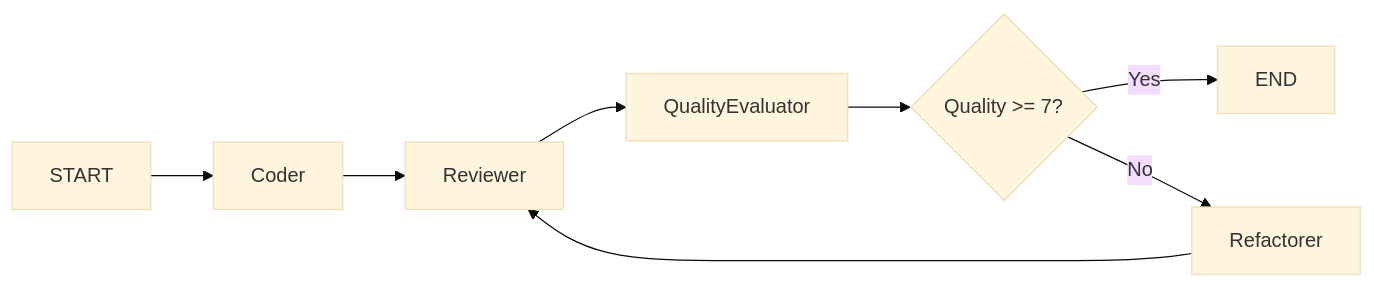
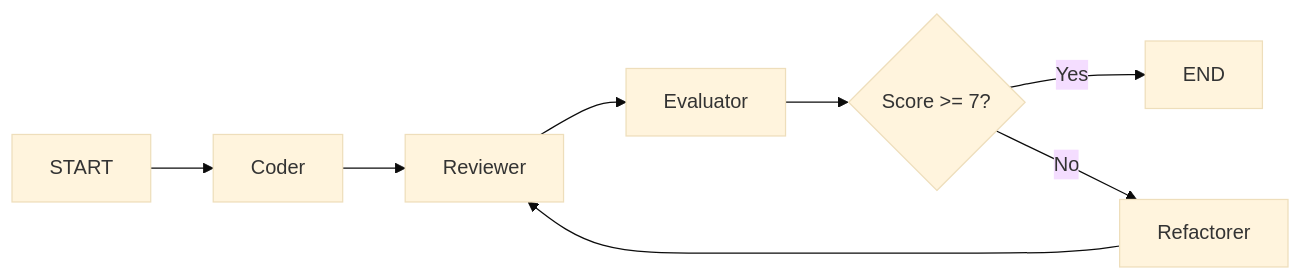
The third of 12 diagrams in PATTERNS.md (rulala/fac-ws_ai_multi-agent), drawn with Mermaid (base theme) before and after one commit. The commit also changed other lines of this file, not shown here.

````diff
--- a/PATTERNS.md
+++ b/PATTERNS.md
@@ -31,10 +73,10 @@
 ```mermaid
 graph LR
     START --> Coder
     Coder --> Reviewer
-    Reviewer --> QualityEvaluator
-    QualityEvaluator --> QualityGate{Quality >= 7?}
+    Reviewer --> Evaluator
+    Evaluator --> QualityGate{Score >= 7?}
     QualityGate -->|Yes| END
     QualityGate -->|No| Refactorer
     Refactorer --> Reviewer
 ```
````
